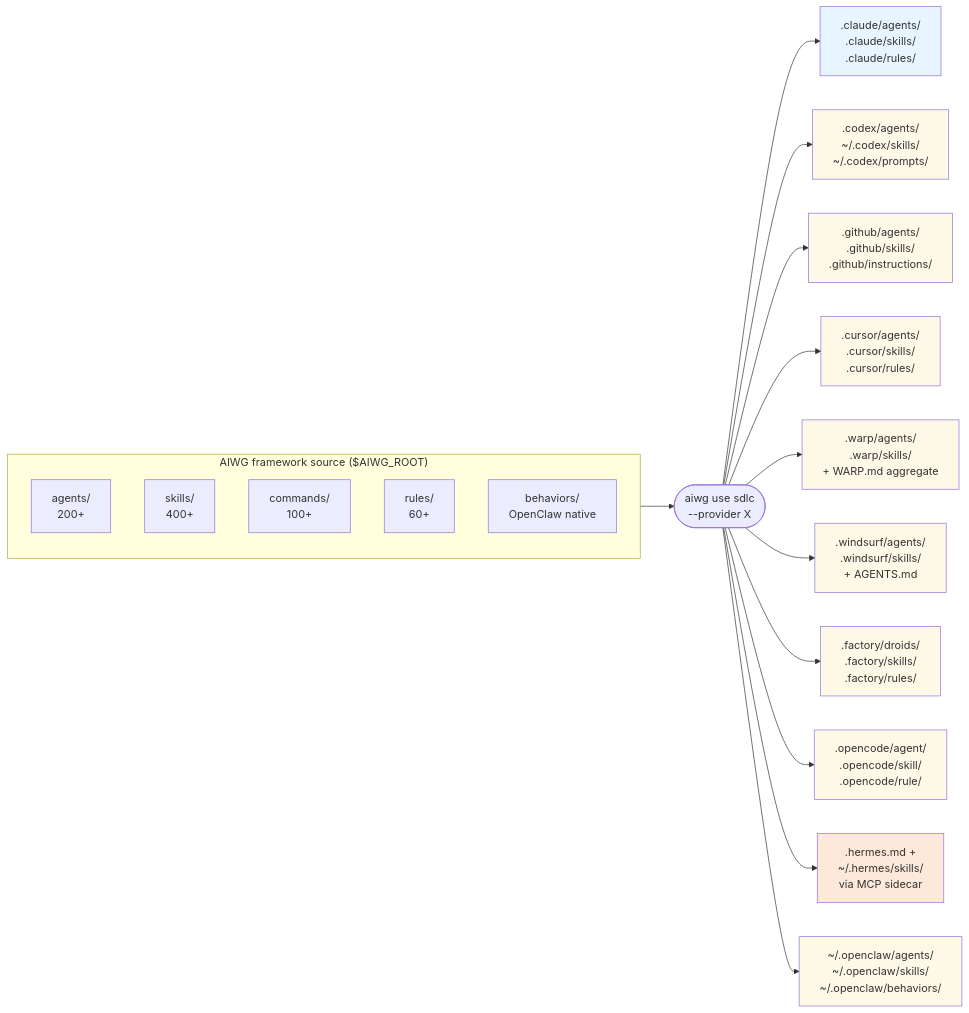
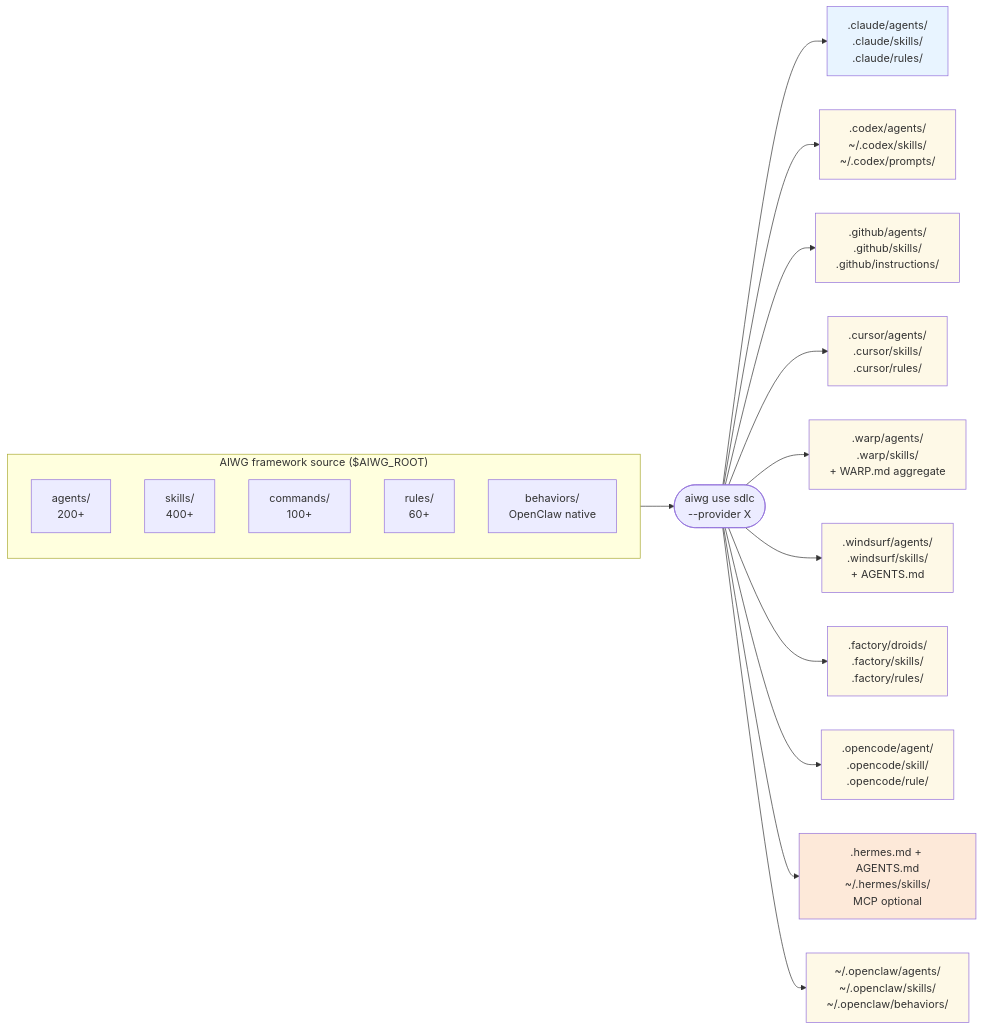
One commit to jmagly/ai-writing-guide changed the seventh of 8 diagrams in docs/architecture-overview.md. Above: the diagram before and after it, drawn with Mermaid. The commit also changed other lines of this file and 4 other files, not shown here.

First line of the commit message:
docs(hermes): reframe Hermes integration as file-deploy + optional MCP (Refs #1527 #1532 #1533)

````diff
--- a/docs/architecture-overview.md
+++ b/docs/architecture-overview.md
@@ -275,32 +275,32 @@
 ```mermaid
 flowchart LR
   subgraph SOURCE["AIWG framework source ($AIWG_ROOT)"]
     direction TB
     AG[agents/<br/>200+]
     SK[skills/<br/>400+]
     CM[commands/<br/>100+]
     RL[rules/<br/>60+]
     BE[behaviors/<br/>OpenClaw native]
   end
 
   CLI([aiwg use sdlc<br/>--provider X])
   SOURCE --> CLI
 
   CLI --> CC[".claude/agents/<br/>.claude/skills/<br/>.claude/rules/"]
   CLI --> CX[".codex/agents/<br/>~/.codex/skills/<br/>~/.codex/prompts/"]
   CLI --> CP[".github/agents/<br/>.github/skills/<br/>.github/instructions/"]
   CLI --> CR[".cursor/agents/<br/>.cursor/skills/<br/>.cursor/rules/"]
   CLI --> WP[".warp/agents/<br/>.warp/skills/<br/>+ WARP.md aggregate"]
   CLI --> WS[".windsurf/agents/<br/>.windsurf/skills/<br/>+ AGENTS.md"]
   CLI --> FA[".factory/droids/<br/>.factory/skills/<br/>.factory/rules/"]
   CLI --> OC[".opencode/agent/<br/>.opencode/skill/<br/>.opencode/rule/"]
-  CLI --> HE[".hermes.md +<br/>~/.hermes/skills/<br/>via MCP sidecar"]
+  CLI --> HE[".hermes.md + AGENTS.md<br/>~/.hermes/skills/<br/>MCP optional"]
   CLI --> OW["~/.openclaw/agents/<br/>~/.openclaw/skills/<br/>~/.openclaw/behaviors/"]
 
   classDef claude fill:#e8f4ff
   classDef codex fill:#fef9e7
   classDef hermes fill:#fde9d9
   class CC claude
   class CX,CP,CR,WP,WS,FA,OC,OW codex
   class HE hermes
 ```
````
